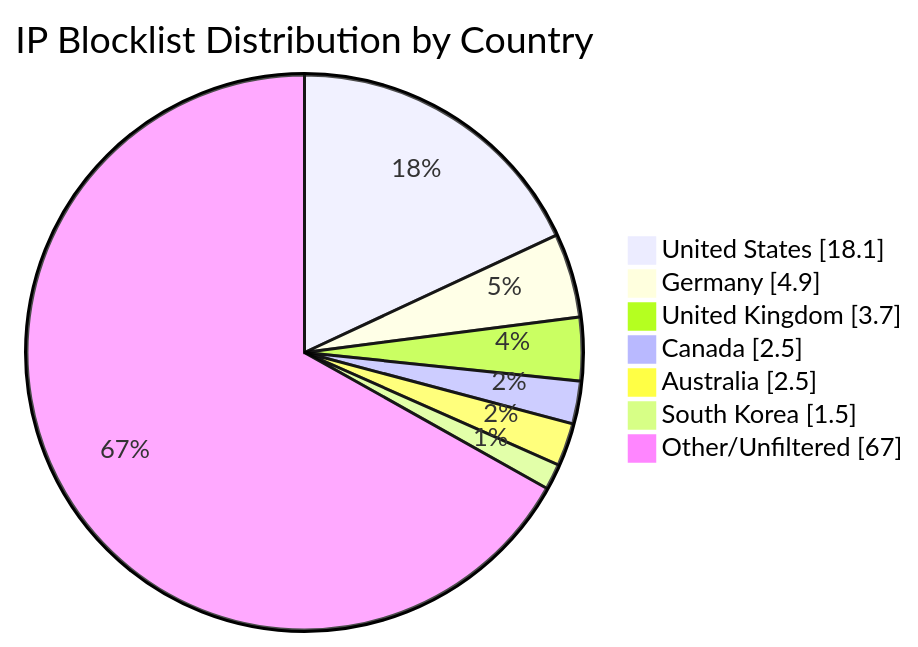
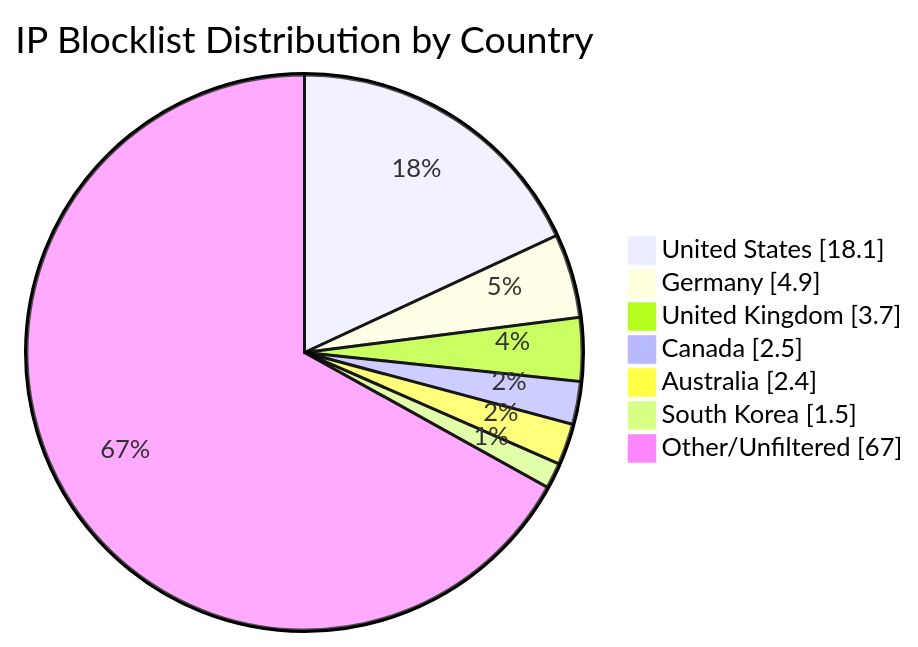
Before and after one commit to MarcusHoltz/ipblocklist-geofiltered-aggregator: the diagram in README.md, drawn with Mermaid. The commit also changed other lines of this file and 9 other files, not shown here.

````diff
--- a/README.md
+++ b/README.md
@@ -34,10 +34,10 @@
 ```mermaid
 pie showData title IP Blocklist Distribution by Country
 "United States" : 18.1
 "Germany" : 4.9
 "United Kingdom" : 3.7
 "Canada" : 2.5
-"Australia" : 2.5
+"Australia" : 2.4
 "South Korea" : 1.5
 "Other/Unfiltered" : 67.0
 ```
````
